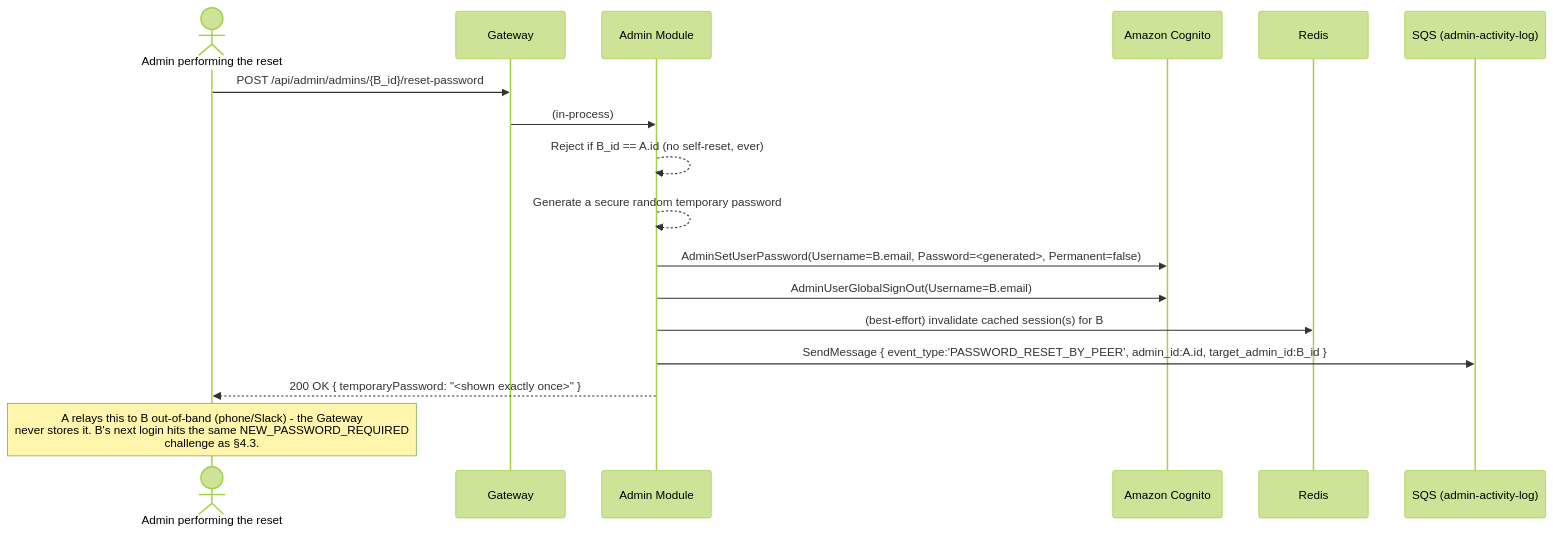
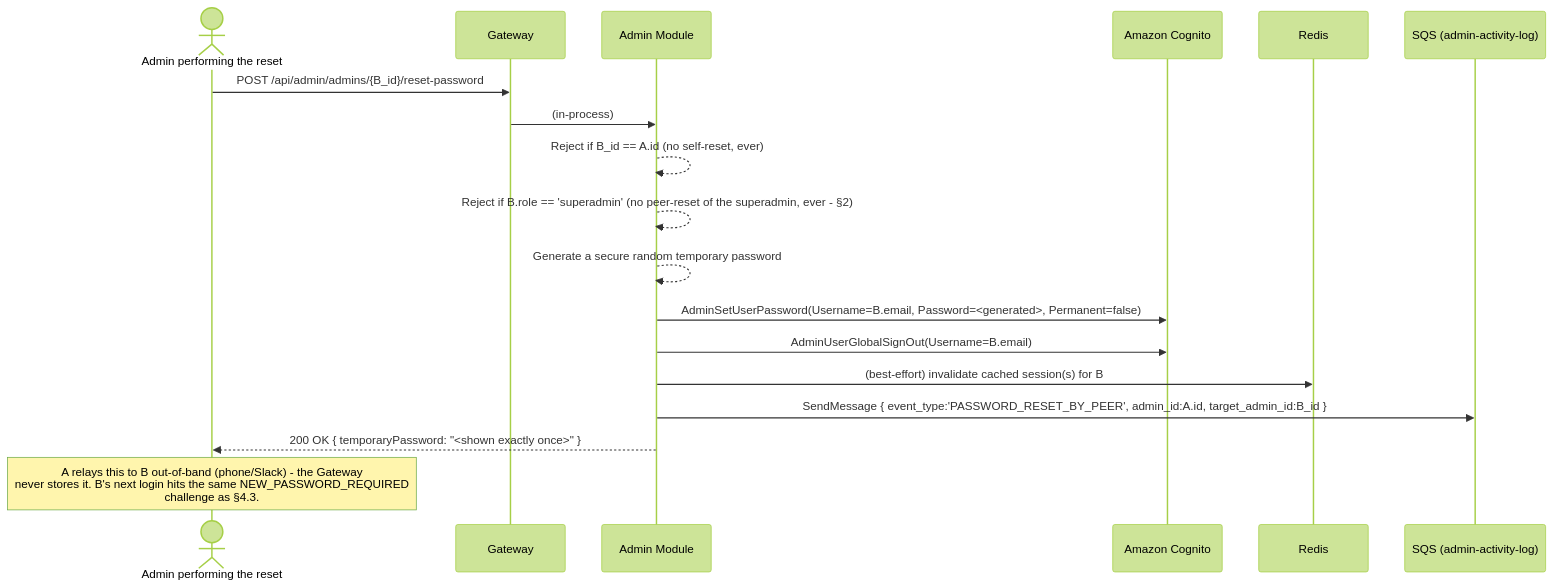
The fifth of 6 diagrams in usercasestudy/growayadmin-registration-workflow.md (szhanggit/appointmentsystemdesign), drawn with Mermaid (forest theme) before and after one commit. The commit also changed other lines of this file and 6 other files, not shown here.

````diff
--- a/usercasestudy/growayadmin-registration-workflow.md
+++ b/usercasestudy/growayadmin-registration-workflow.md
@@ -157,20 +161,21 @@
 ```mermaid
 sequenceDiagram
     actor A as Admin performing the reset
     participant GW as Gateway
     participant AM as Admin Module
     participant COG as Amazon Cognito
     participant REDIS as Redis
     participant SQSQ as SQS (admin-activity-log)
 
     A->>GW: POST /api/admin/admins/{B_id}/reset-password
     GW->>AM: (in-process)
     AM-->>AM: Reject if B_id == A.id (no self-reset, ever)
+    AM-->>AM: Reject if B.role == 'superadmin' (no peer-reset of the superadmin, ever - §2)
     AM-->>AM: Generate a secure random temporary password
     AM->>COG: AdminSetUserPassword(Username=B.email, Password=<generated>, Permanent=false)
     AM->>COG: AdminUserGlobalSignOut(Username=B.email)
     AM->>REDIS: (best-effort) invalidate cached session(s) for B
     AM->>SQSQ: SendMessage { event_type:'PASSWORD_RESET_BY_PEER', admin_id:A.id, target_admin_id:B_id }
     AM-->>A: 200 OK { temporaryPassword: "<shown exactly once>" }
     Note over A: A relays this to B out-of-band (phone/Slack) - the Gateway<br/>never stores it. B's next login hits the same NEW_PASSWORD_REQUIRED<br/>challenge as §4.3.
 ```
````
